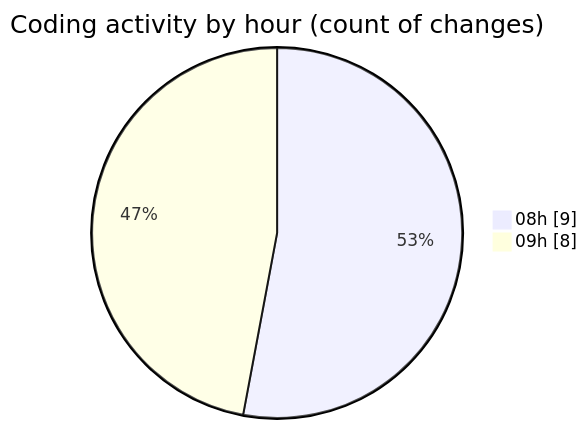
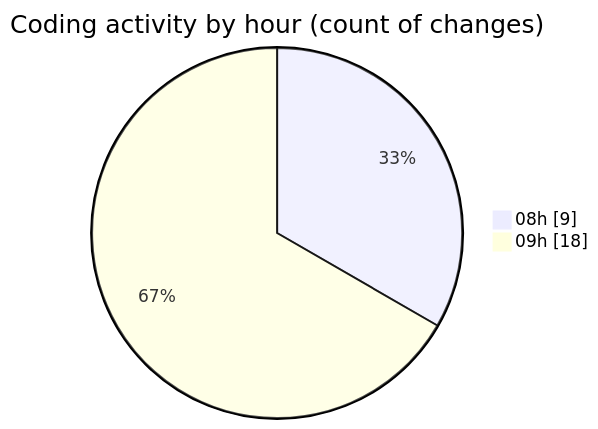
The second of 2 diagrams in 2026-03-20/newspaper-child/README.md (momahboobian/code-tracking), drawn with Mermaid before and after one commit. The commit also changed other lines of this file and 1 other file, not shown here.

````diff
--- a/2026-03-20/newspaper-child/README.md
+++ b/2026-03-20/newspaper-child/README.md
@@ -35,6 +40,6 @@
 ```mermaid
 pie showData
 title Coding activity by hour (count of changes)
 "08h" : 9
-"09h" : 8
+"09h" : 18
 ```
````
